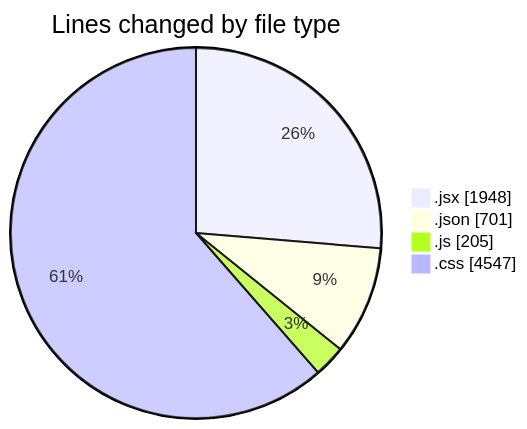
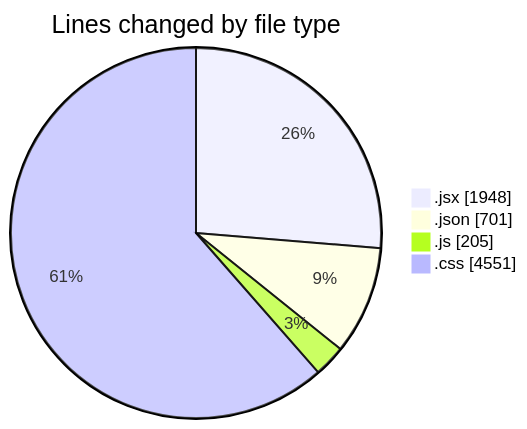
Before and after one commit to BS-eng2023/code-tracking: the first of 2 diagrams in 2025-05-04/project/README.md, drawn with Mermaid. The commit also changed other lines of this file and 1 other file, not shown here.

````diff
--- a/2025-05-04/project/README.md
+++ b/2025-05-04/project/README.md
@@ -43,8 +43,8 @@
 ```mermaid
 pie showData
 title Lines changed by file type
 ".jsx" : 1948
 ".json" : 701
 ".js" : 205
-".css" : 4547
+".css" : 4551
 ```
````
